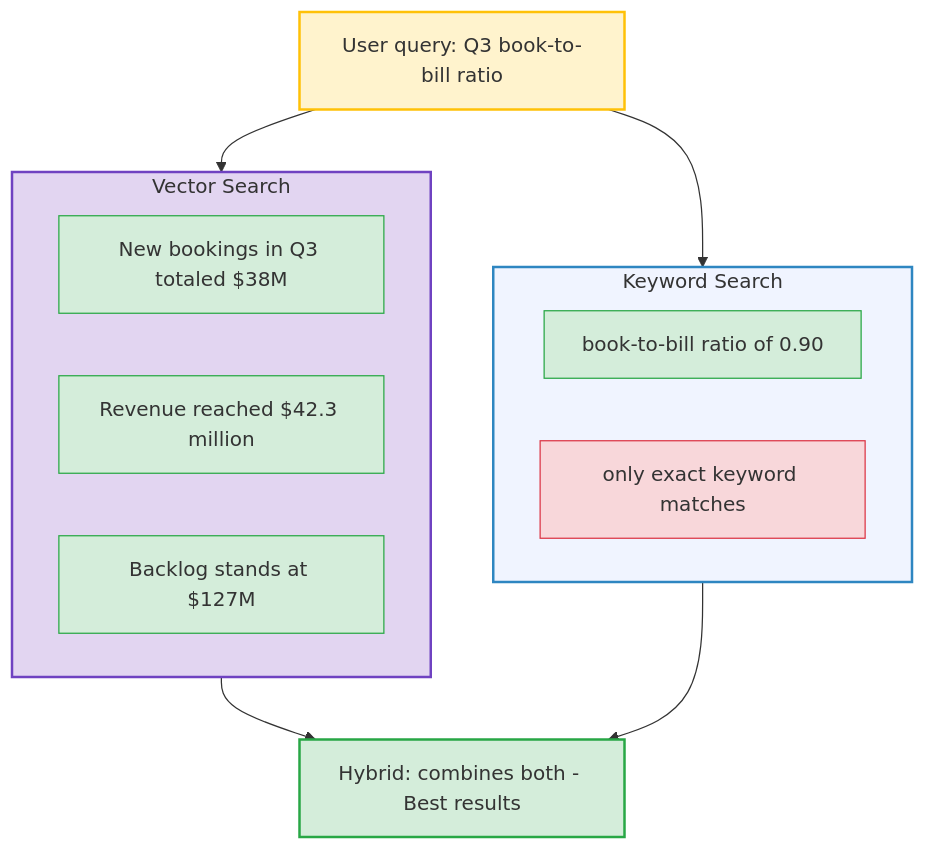
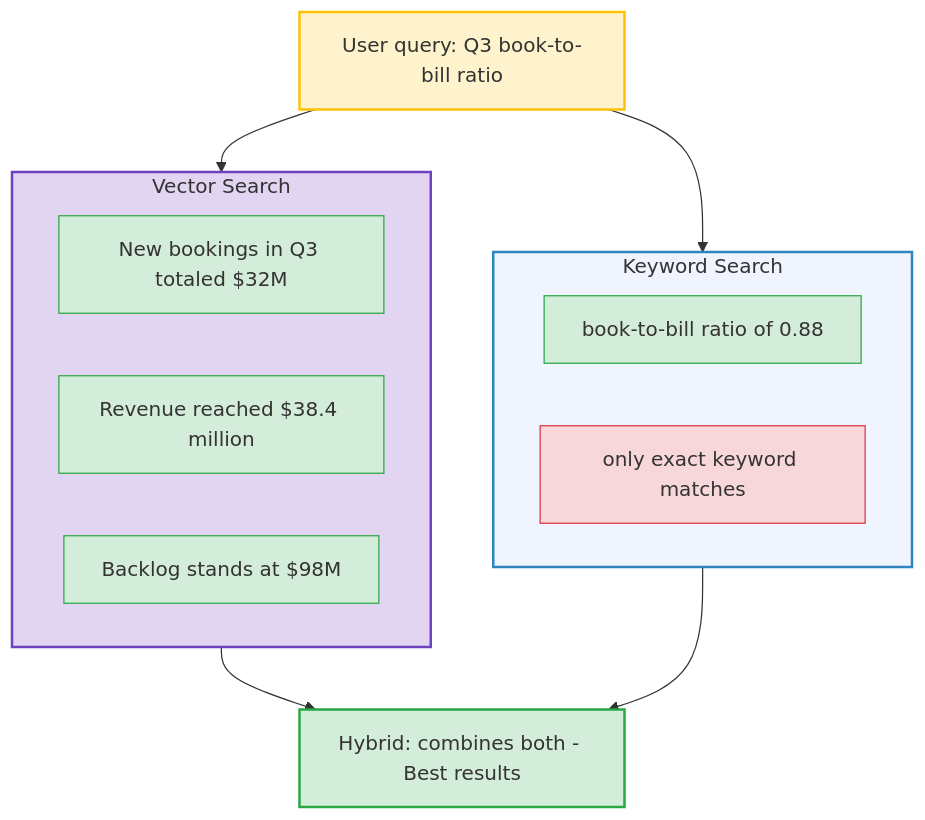
One commit to ithinktavo/GenAI-Engineering-Handbook changed the sixth of 10 diagrams in docs/04-rag-deep-dive.md. Above: the diagram before and after it, drawn with Mermaid. The commit also changed other lines of this file and 16 other files, not shown here.

````diff
--- a/docs/04-rag-deep-dive.md
+++ b/docs/04-rag-deep-dive.md
@@ -293,31 +293,31 @@
 ```mermaid
 graph TD
     Q["User query: Q3 book-to-bill ratio"]
 
     Q --> VS
     Q --> KS
 
     subgraph VS["Vector Search"]
-        V1["New bookings in Q3 totaled $38M"]
-        V2["Revenue reached $42.3 million"]
-        V3["Backlog stands at $127M"]
+        V1["New bookings in Q3 totaled $32M"]
+        V2["Revenue reached $38.4 million"]
+        V3["Backlog stands at $98M"]
     end
 
     subgraph KS["Keyword Search"]
-        K1["book-to-bill ratio of 0.90"]
+        K1["book-to-bill ratio of 0.88"]
         K2["only exact keyword matches"]
     end
 
     VS --> H["Hybrid: combines both - Best results"]
     KS --> H
 
     style Q fill:#fff3cd,stroke:#ffc107,stroke-width:2px,color:#333
     style VS fill:#e2d5f1,stroke:#6f42c1,stroke-width:2px,color:#333
     style KS fill:#f0f4ff,stroke:#2E86C1,stroke-width:2px,color:#333
     style H fill:#d4edda,stroke:#28a745,stroke-width:2px,color:#333
     style V1 fill:#d4edda,stroke:#28a745,color:#333
     style V2 fill:#d4edda,stroke:#28a745,color:#333
     style V3 fill:#d4edda,stroke:#28a745,color:#333
     style K1 fill:#d4edda,stroke:#28a745,color:#333
     style K2 fill:#f8d7da,stroke:#dc3545,color:#333
 ```
````
